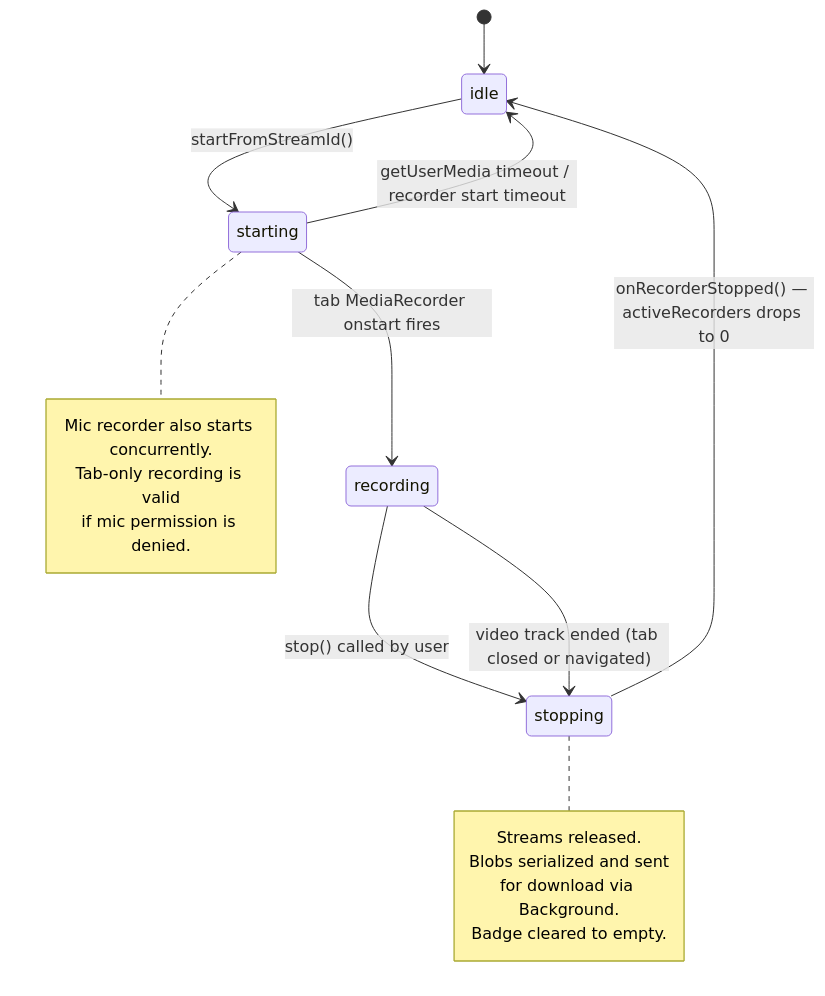
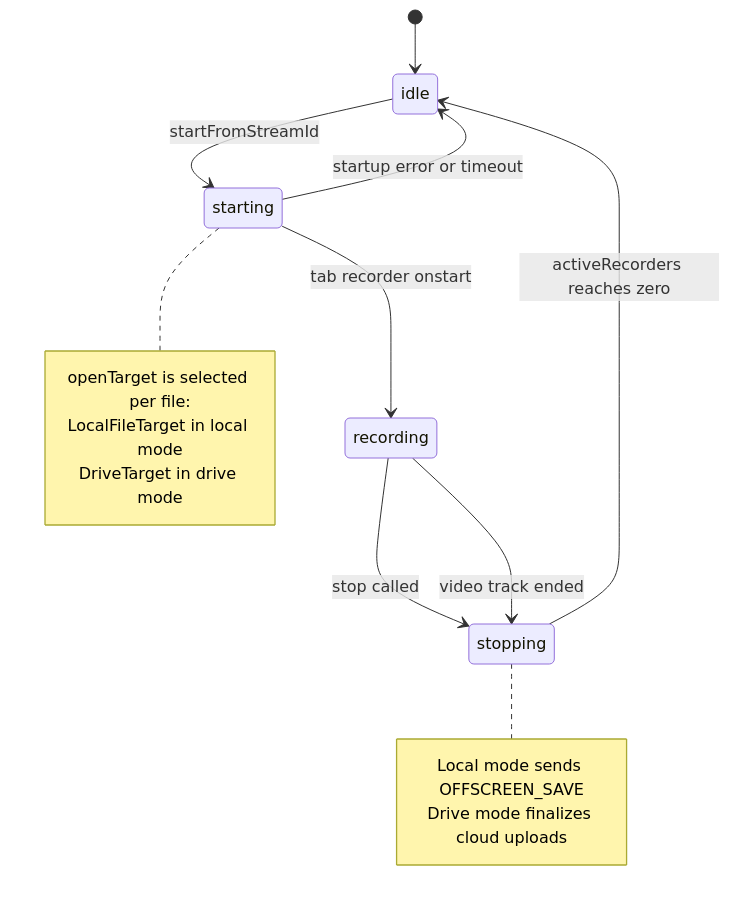
One commit to kstroevsky/chrome-meeting-recording-extension changed the fifth of 8 diagrams in Documentation.md. Above: the diagram before and after it, drawn with Mermaid. The commit also changed other lines of this file, not shown here.

Commit message:
Docs: Documentation and diagrams update

````diff
--- a/Documentation.md
+++ b/Documentation.md
@@ -184,27 +215,24 @@
 ```mermaid
 stateDiagram-v2
     [*] --> idle
 
-    idle --> starting : startFromStreamId()
+    idle --> starting : startFromStreamId
+    starting --> recording : tab recorder onstart
+    starting --> idle : startup error or timeout
 
-    starting --> recording : tab MediaRecorder onstart fires
-    starting --> idle : getUserMedia timeout / recorder start timeout
+    recording --> stopping : stop called
+    recording --> stopping : video track ended
 
-    recording --> stopping : stop() called by user
-    recording --> stopping : video track ended (tab closed or navigated)
-
-    stopping --> idle : onRecorderStopped() — activeRecorders drops to 0
+    stopping --> idle : activeRecorders reaches zero
 
     note right of starting
-        Mic recorder also starts concurrently.
-        Tab-only recording is valid
-        if mic permission is denied.
+        openTarget is selected per file:
+        LocalFileTarget in local mode
+        DriveTarget in drive mode
     end note
 
     note right of stopping
-        Streams released.
-        Blobs serialized and sent
-        for download via Background.
-        Badge cleared to empty.
+        Local mode sends OFFSCREEN_SAVE
+        Drive mode finalizes cloud uploads
     end note
 ```
````
